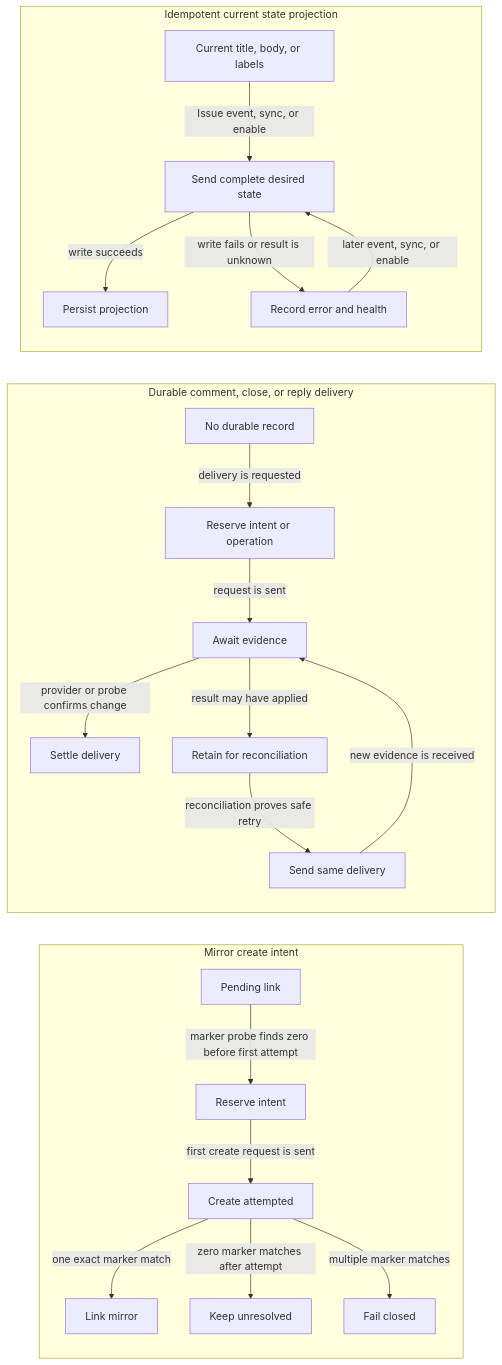
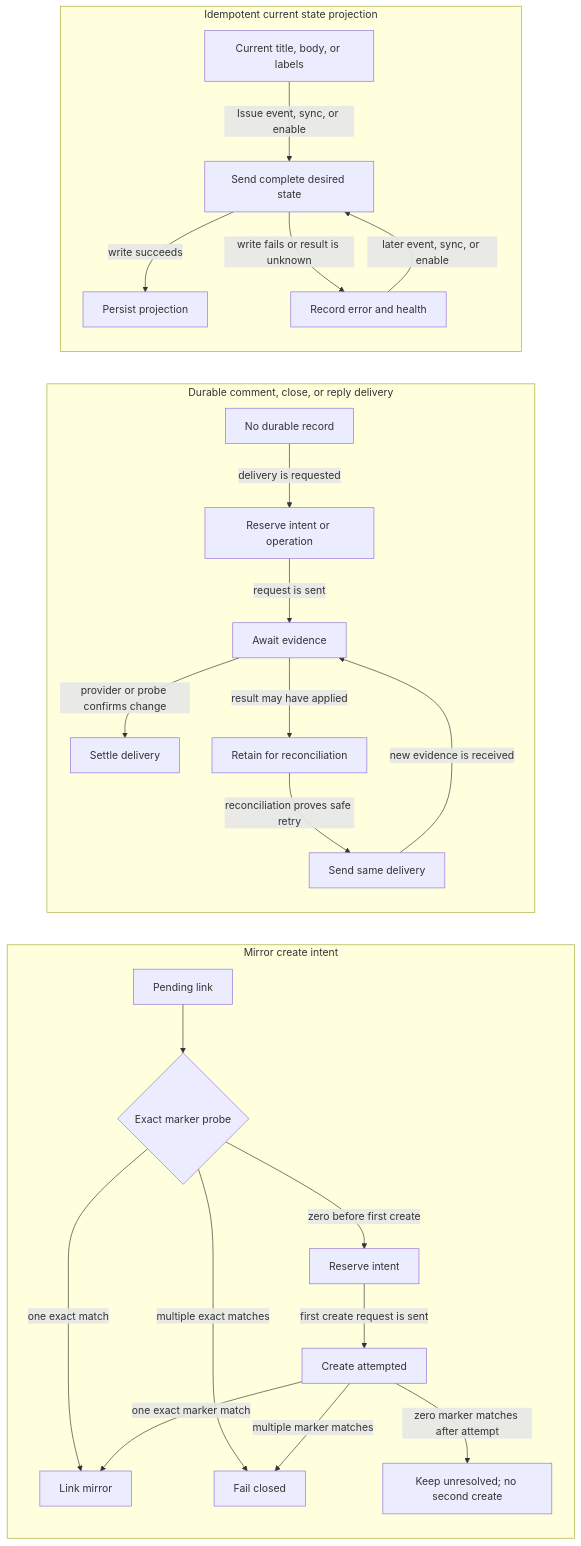
One commit to suraciii/mohist changed the first of 3 diagrams in design/github-integration.md. Above: the diagram before and after it, drawn with Mermaid.

Commit message:
docs: show all mirror marker outcomes

````diff
--- a/design/github-integration.md
+++ b/design/github-integration.md
@@ -141,26 +141,29 @@
 ```mermaid
 flowchart LR
     subgraph MC["Mirror create intent"]
-        M0["Pending link"] -->|"marker probe finds zero before first attempt"| M1["Reserve intent"]
-        M1 -->|"first create request is sent"| M2["Create attempted"]
-        M2 -->|"one exact marker match"| M3["Link mirror"]
-        M2 -->|"zero marker matches after attempt"| M4["Keep unresolved"]
-        M2 -->|"multiple marker matches"| M5["Fail closed"]
+        M0["Pending link"] --> M1{"Exact marker probe"}
+        M1 -->|"zero before first create"| M2["Reserve intent"]
+        M1 -->|"one exact match"| M3["Link mirror"]
+        M1 -->|"multiple exact matches"| M4["Fail closed"]
+        M2 -->|"first create request is sent"| M5["Create attempted"]
+        M5 -->|"one exact marker match"| M3
+        M5 -->|"zero marker matches after attempt"| M6["Keep unresolved; no second create"]
+        M5 -->|"multiple marker matches"| M4
     end
 
     subgraph DD["Durable comment, close, or reply delivery"]
         D0["No durable record"] -->|"delivery is requested"| D1["Reserve intent or operation"]
         D1 -->|"request is sent"| D2["Await evidence"]
         D2 -->|"provider or probe confirms change"| D3["Settle delivery"]
         D2 -->|"result may have applied"| D4["Retain for reconciliation"]
         D4 -->|"reconciliation proves safe retry"| D5["Send same delivery"]
         D5 -->|"new evidence is received"| D2
     end
 
     subgraph CS["Idempotent current state projection"]
         C0["Current title, body, or labels"] -->|"Issue event, sync, or enable"| C1["Send complete desired state"]
         C1 -->|"write succeeds"| C2["Persist projection"]
         C1 -->|"write fails or result is unknown"| C3["Record error and health"]
         C3 -->|"later event, sync, or enable"| C1
     end
 ```
````
